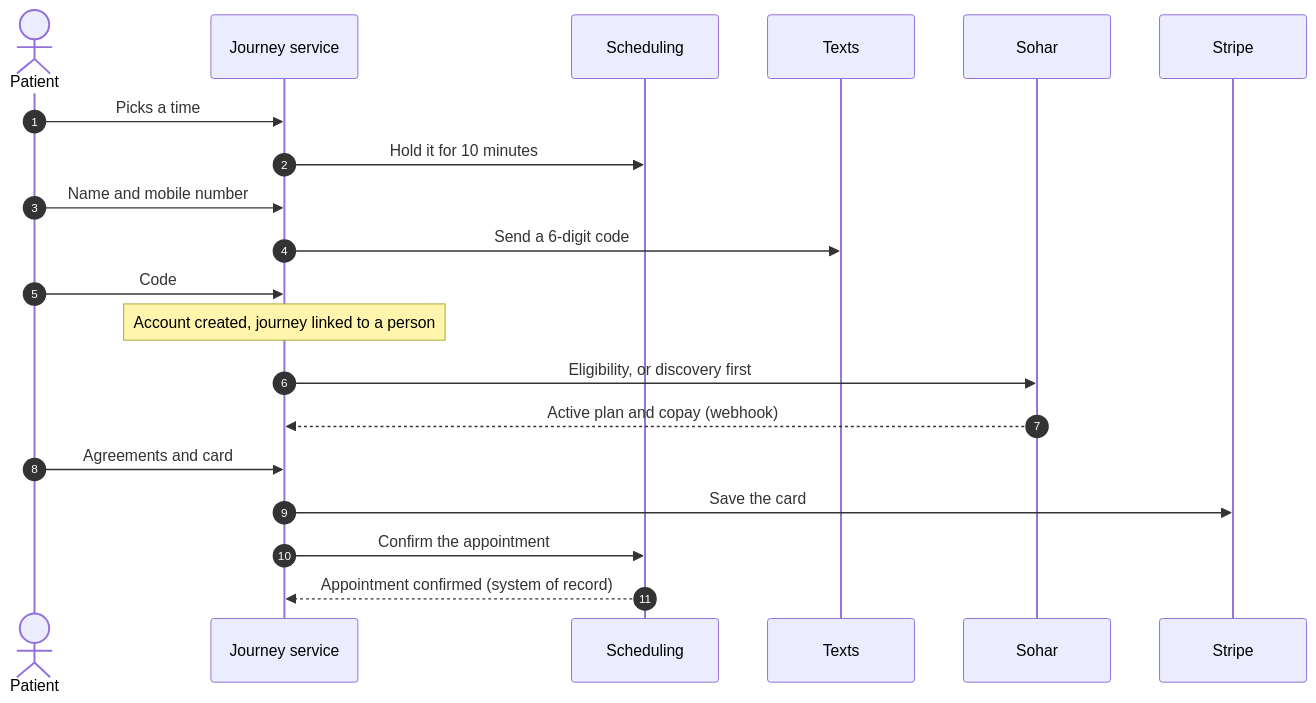
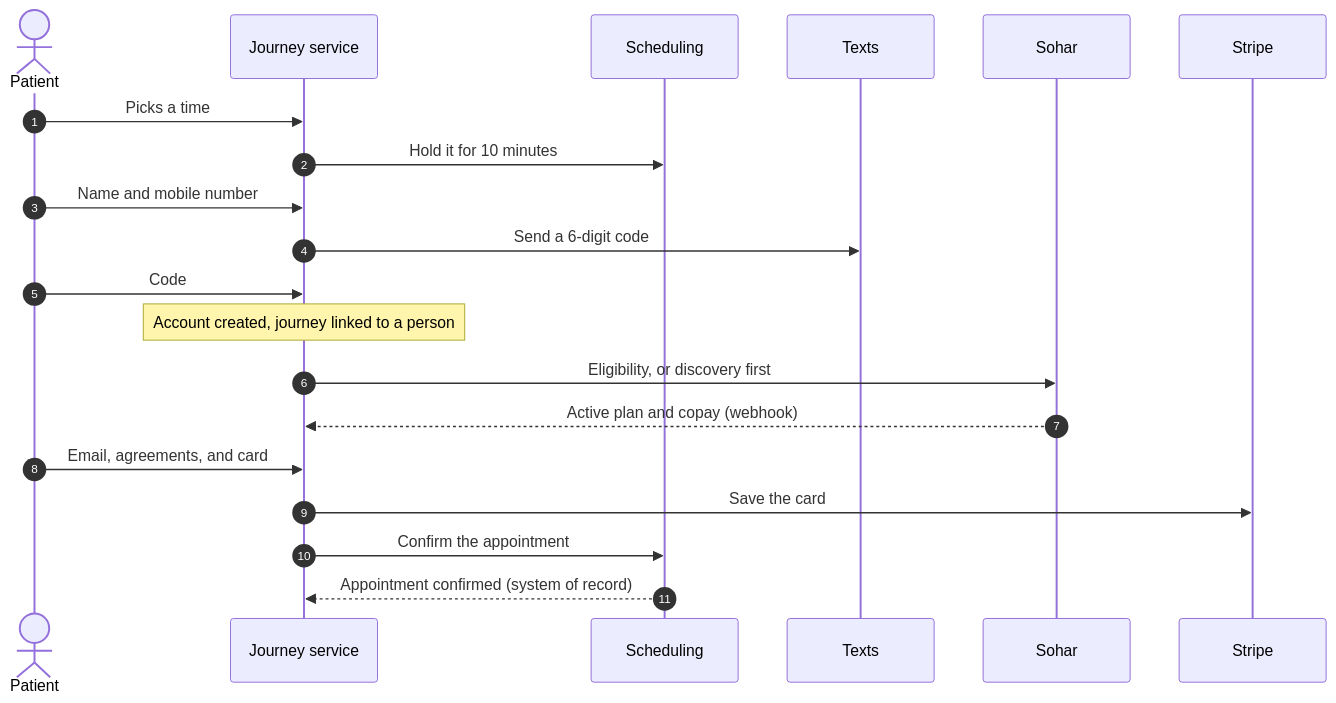
Before and after one commit to emeka-flourish/legion-onboarding: the second of 8 diagrams in docs/ARCHITECTURE.md, drawn with Mermaid. The commit also changed other lines of this file and 34 other files, not shown here.

````diff
--- a/docs/ARCHITECTURE.md
+++ b/docs/ARCHITECTURE.md
@@ -68,22 +68,22 @@
 ```mermaid
 sequenceDiagram
   autonumber
   actor Pt as Patient
   participant J as Journey service
   participant Sch as Scheduling
   participant SMS as Texts
   participant So as Sohar
   participant St as Stripe
   Pt->>J: Picks a time
   J->>Sch: Hold it for 10 minutes
   Pt->>J: Name and mobile number
   J->>SMS: Send a 6-digit code
   Pt->>J: Code
   Note over J: Account created, journey linked to a person
   J->>So: Eligibility, or discovery first
   So-->>J: Active plan and copay (webhook)
-  Pt->>J: Agreements and card
+  Pt->>J: Email, agreements, and card
   J->>St: Save the card
   J->>Sch: Confirm the appointment
   Sch-->>J: Appointment confirmed (system of record)
 ```
````
